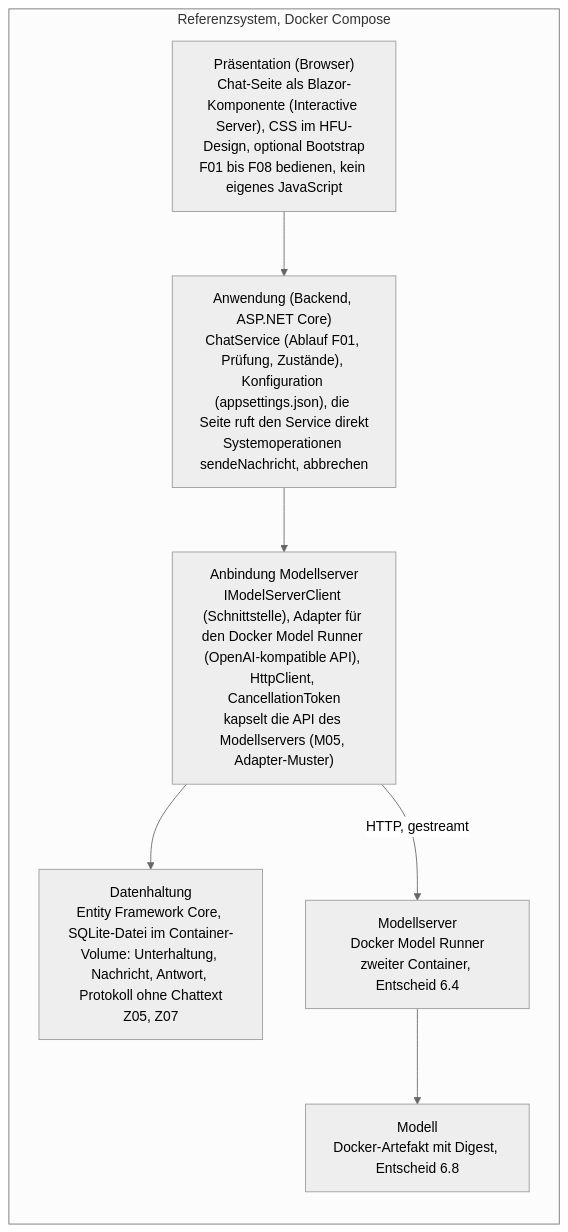
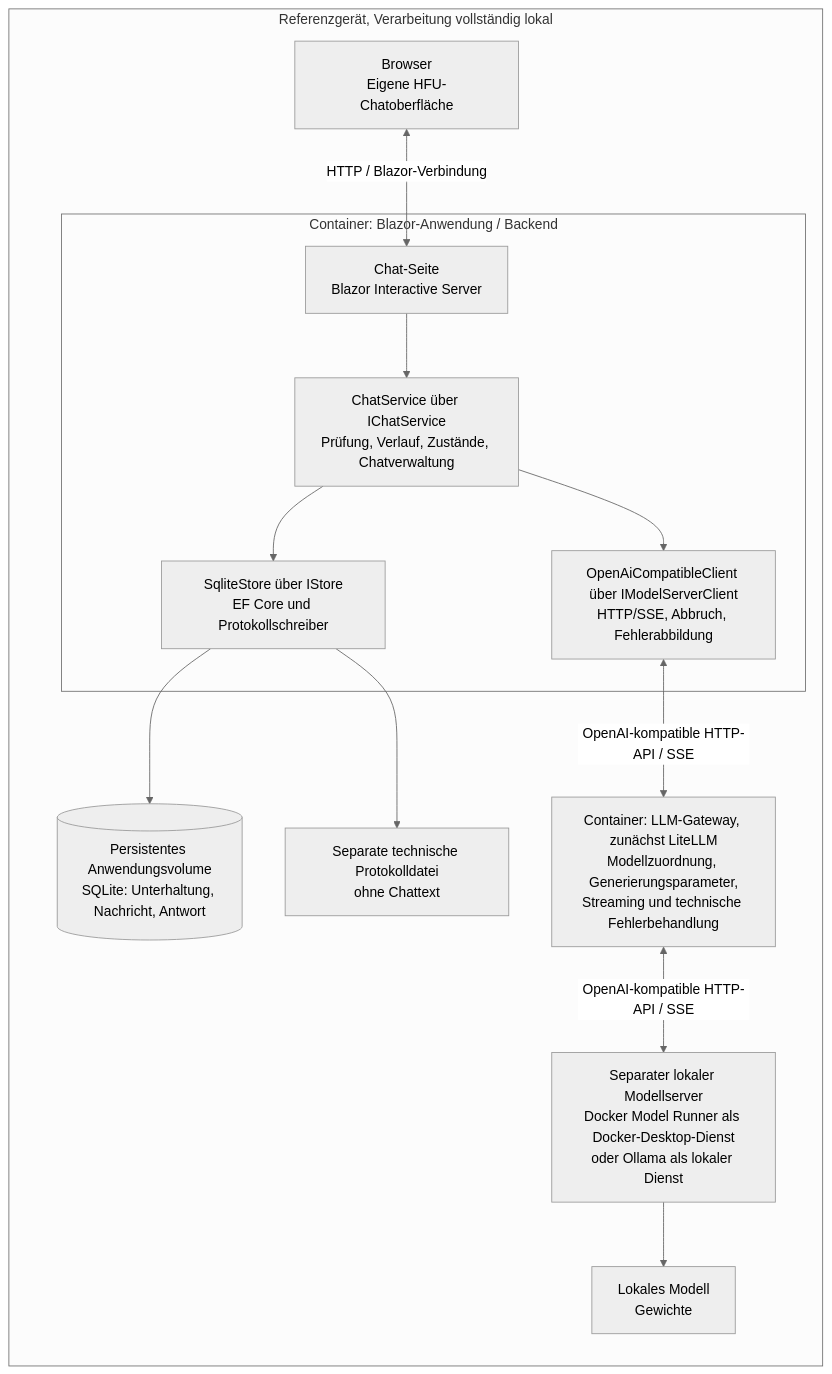
The first of 5 diagrams in agent/Design.md (thedmo/CustomLocalAiFront), drawn with Mermaid (neutral theme) before and after one commit. The commit also changed other lines of this file and 1 other file, not shown here.

Commit message:
Entwurf Design, löschung überflüssiges docker vompose yml

````diff
--- a/agent/Design.md
+++ b/agent/Design.md
@@ -19,15 +19,27 @@
 ```mermaid
 flowchart TB
-    subgraph RS["Referenzsystem, Docker Compose"]
+    subgraph RS["Referenzgerät, Verarbeitung vollständig lokal"]
         direction TB
-        P["Präsentation (Browser)<br/>Chat-Seite als Blazor-Komponente (Interactive Server), CSS im HFU-Design, optional Bootstrap<br/>F01 bis F08 bedienen, kein eigenes JavaScript"]
-        A["Anwendung (Backend, ASP.NET Core)<br/>ChatService (Ablauf F01, Prüfung, Zustände), Konfiguration (appsettings.json), die Seite ruft den Service direkt<br/>Systemoperationen sendeNachricht, abbrechen"]
-        AD["Anbindung Modellserver<br/>IModelServerClient (Schnittstelle), Adapter für den Docker Model Runner (OpenAI-kompatible API), HttpClient, CancellationToken<br/>kapselt die API des Modellservers (M05, Adapter-Muster)"]
-        D["Datenhaltung<br/>Entity Framework Core, SQLite-Datei im Container-Volume: Unterhaltung, Nachricht, Antwort, Protokoll ohne Chattext<br/>Z05, Z07"]
-        MS["Modellserver<br/>Docker Model Runner<br/>zweiter Container, Entscheid 6.4"]
-        MO["Modell<br/>Docker-Artefakt mit Digest, Entscheid 6.8"]
-        P --> A --> AD --> D
-        AD -- "HTTP, gestreamt" --> MS
+        B["Browser<br/>Eigene HFU-Chatoberfläche"]
+        subgraph APP["Container: Blazor-Anwendung / Backend"]
+            P["Chat-Seite<br/>Blazor Interactive Server"]
+            A["ChatService über IChatService<br/>Prüfung, Verlauf, Zustände, Chatverwaltung"]
+            AD["OpenAiCompatibleClient über IModelServerClient<br/>HTTP/SSE, Abbruch, Fehlerabbildung"]
+            D["SqliteStore über IStore<br/>EF Core und Protokollschreiber"]
+            P --> A
+            A --> AD
+            A --> D
+        end
+        DB[("Persistentes Anwendungsvolume<br/>SQLite: Unterhaltung, Nachricht, Antwort")]
+        LOG["Separate technische Protokolldatei<br/>ohne Chattext"]
+        G["Container: LLM-Gateway, zunächst LiteLLM<br/>Modellzuordnung, Generierungsparameter,<br/>Streaming und technische Fehlerbehandlung"]
+        MS["Separater lokaler Modellserver<br/>Docker Model Runner als Docker-Desktop-Dienst<br/>oder Ollama als lokaler Dienst"]
+        MO["Lokales Modell<br/>Gewichte"]
+        B <-->|"HTTP / Blazor-Verbindung"| P
+        D --> DB
+        D --> LOG
+        AD <-->|"OpenAI-kompatible HTTP-API / SSE"| G
+        G <-->|"OpenAI-kompatible HTTP-API / SSE"| MS
         MS --> MO
     end
 ```
````
